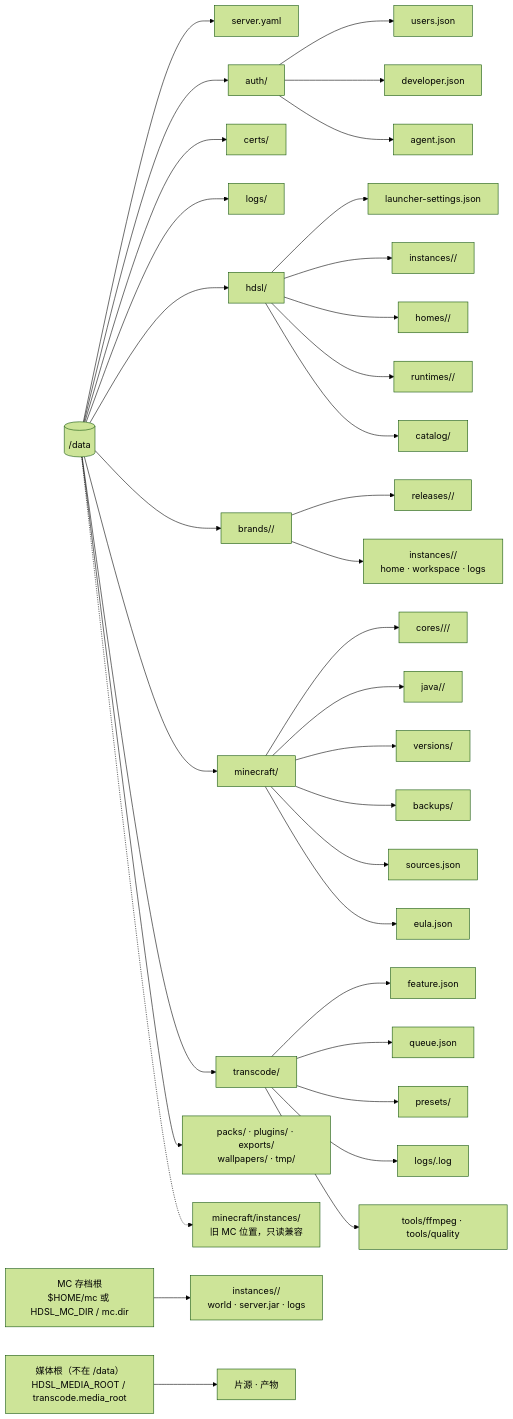
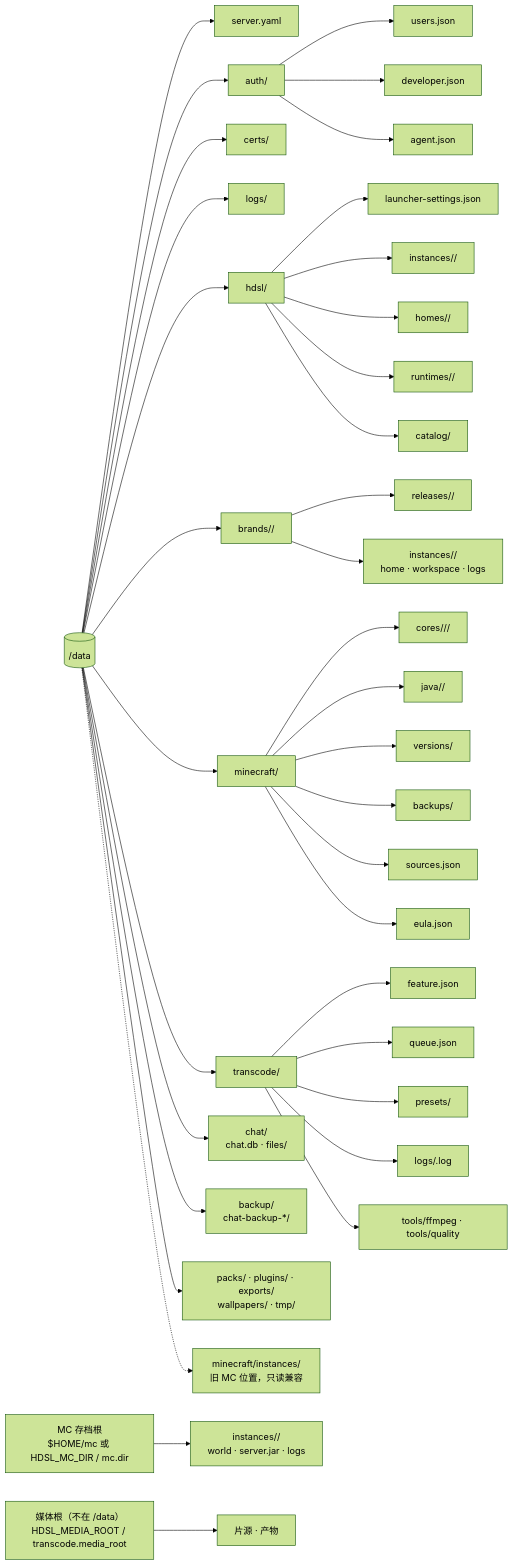
One commit to nas200-timmy/HDSL-WEB changed the second of 2 diagrams in docs/architecture/full.md. Above: the diagram before and after it, drawn with Mermaid (forest theme). The commit also changed other lines of this file and 8 other files, not shown here.

````diff
--- a/docs/architecture/full.md
+++ b/docs/architecture/full.md
@@ -225,36 +236,38 @@
 ```mermaid
 flowchart LR
   data[("/data")] --> cfg["server.yaml"]
   data --> auth["auth/"]
   auth --> users["users.json"]
   auth --> dev["developer.json"]
   auth --> agent["agent.json"]
   data --> certs["certs/"]
   data --> logs["logs/"]
   data --> hdsl["hdsl/"]
   hdsl --> launcher["launcher-settings.json"]
   hdsl --> hinst["instances/<id>/"]
   hdsl --> hhomes["homes/<version>/"]
   hdsl --> runtimes["runtimes/<node>/"]
   hdsl --> catalog["catalog/"]
   data --> brands["brands/<brand>/"]
   brands --> releases["releases/<version>/"]
   brands --> binst["instances/<id>/<br/>home · workspace · logs"]
   data --> minecraft["minecraft/"]
   minecraft --> cores["cores/<core>/<version>/"]
   minecraft --> java["java/<feature>/"]
   minecraft --> versions["versions/"]
   minecraft --> backups["backups/"]
   minecraft --> sources["sources.json"]
   minecraft --> eula["eula.json"]
   data --> tx["transcode/"]
+  data --> chatd2["chat/<br/>chat.db · files/"]
+  data --> backupd2["backup/<br/>chat-backup-*/"]
   tx --> txfeature["feature.json"]
   tx --> txqueue["queue.json"]
   tx --> txpresets["presets/"]
   tx --> txlogs["logs/<job>.log"]
   tx --> txtools["tools/ffmpeg · tools/quality"]
   data --> other["packs/ · plugins/ · exports/<br/>wallpapers/ · tmp/"]
   data -.-> legacy["minecraft/instances/<br/>旧 MC 位置，只读兼容"]
   mcroot["MC 存档根<br/>$HOME/mc 或 HDSL_MC_DIR / mc.dir"] --> mcinst["instances/<id>/<br/>world · server.jar · logs"]
   media["媒体根（不在 /data）<br/>HDSL_MEDIA_ROOT / transcode.media_root"] --> mediafiles["片源 · 产物"]
 ```
````
